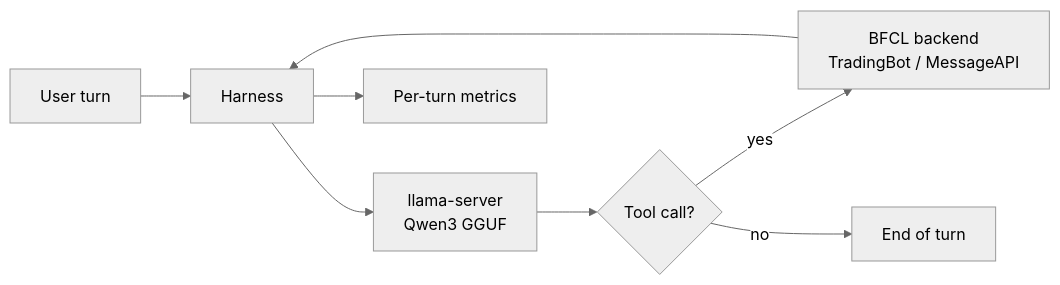
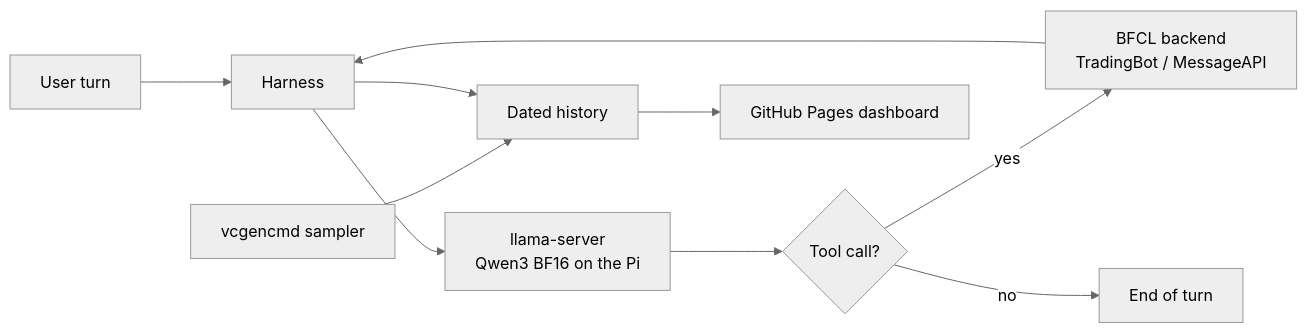
The first of 3 diagrams in README.md (WajahatRiaz/g7a1-ai-edge-devices-project), drawn with Mermaid (neutral theme) before and after one commit. The commit also changed other lines of this file and 10 other files, not shown here.

````diff
--- a/README.md
+++ b/README.md
@@ -52,10 +54,12 @@
 ```mermaid
 flowchart LR
   U[User turn] --> H[Harness]
-  H --> S[llama-server<br/>Qwen3 GGUF]
+  H --> S[llama-server<br/>Qwen3 BF16 on the Pi]
   S --> C{Tool call?}
   C -->|yes| T[BFCL backend<br/>TradingBot / MessageAPI]
   T --> H
   C -->|no| D[End of turn]
-  H --> M[Per-turn metrics]
+  P[vcgencmd sampler] --> R[Dated history]
+  H --> R
+  R --> G[GitHub Pages dashboard]
 ```
````
